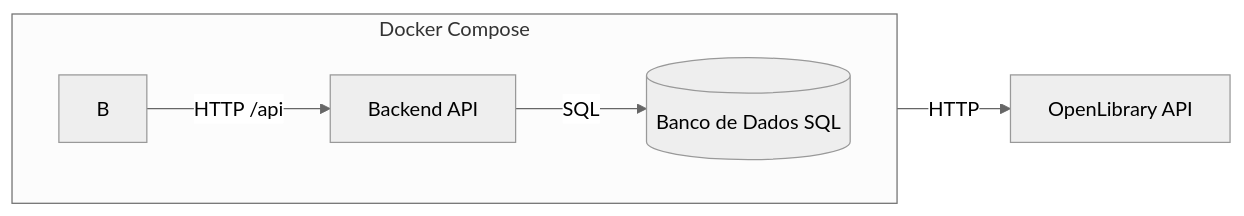
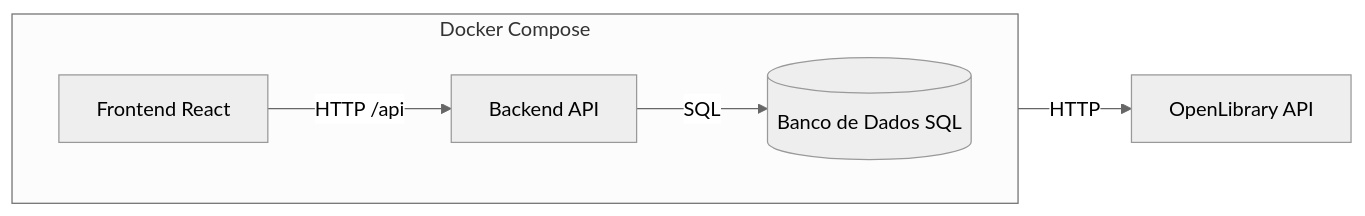
Before and after one commit to RafaelAlves9/MVP_PERSONAL_LIBRARY_MANAGER_API: the diagram in README.md, drawn with Mermaid (neutral theme).

Commit message:
[DOC] Add Frontend React component to README architecture diagram

````diff
--- a/README.md
+++ b/README.md
@@ -12,13 +12,14 @@
 ```mermaid
 flowchart LR
+    B[Frontend React]
     B -->|HTTP /api| C[Backend API]
     C -->|SQL| D[(Banco de Dados SQL)]
     C -->|HTTP| E[OpenLibrary API]
 
     subgraph DockerCompose[Docker Compose]
         direction LR
         B
         C
         D
     end
 ```
````
